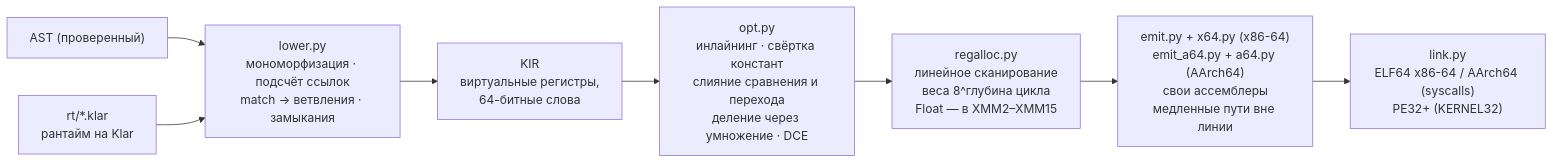
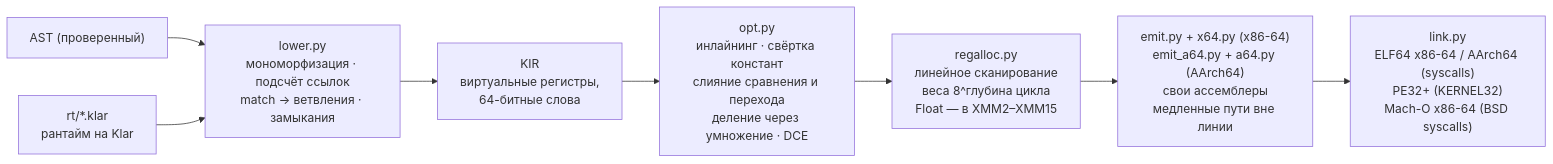
Before and after one commit to veosett/Klar: the third of 8 diagrams in docs/ARCHITECTURE.md, drawn with Mermaid. The commit also changed other lines of this file and 22 other files, not shown here.

````diff
--- a/docs/ARCHITECTURE.md
+++ b/docs/ARCHITECTURE.md
@@ -159,10 +159,10 @@
 ```mermaid
 flowchart LR
     ast["AST (проверенный)"] --> lower["lower.py<br/>мономорфизация · подсчёт ссылок<br/>match → ветвления · замыкания"]
     lower --> kir["KIR<br/>виртуальные регистры,<br/>64-битные слова"]
     kir --> opt["opt.py<br/>инлайнинг · свёртка констант<br/>слияние сравнения и перехода<br/>деление через умножение · DCE"]
     opt --> ra["regalloc.py<br/>линейное сканирование<br/>веса 8^глубина цикла<br/>Float — в XMM2–XMM15"]
     ra --> emit["emit.py + x64.py (x86-64)<br/>emit_a64.py + a64.py (AArch64)<br/>свои ассемблеры<br/>медленные пути вне линии"]
-    emit --> link["link.py<br/>ELF64 x86-64 / AArch64 (syscalls)<br/>PE32+ (KERNEL32)"]
+    emit --> link["link.py<br/>ELF64 x86-64 / AArch64 (syscalls)<br/>PE32+ (KERNEL32)<br/>Mach-O x86-64 (BSD syscalls)"]
     rt["rt/*.klar<br/>рантайм на Klar"] --> lower
 ```
````
